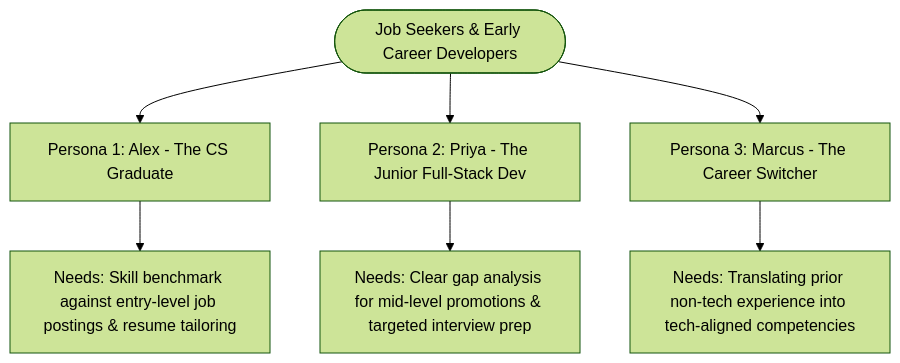
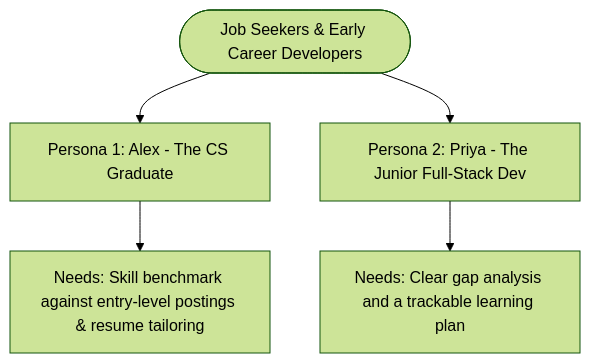
One commit to bashar35790/CareerPilot-AI changed the first of 3 diagrams in docs/PROJECT_PLAN.md. Above: the diagram before and after it, drawn with Mermaid (forest theme). The commit also changed other lines of this file and 11 other files, not shown here.

````diff
--- a/docs/PROJECT_PLAN.md
+++ b/docs/PROJECT_PLAN.md
@@ -32,11 +28,9 @@
 ```mermaid
 graph TD
     User([Job Seekers & Early Career Developers])
     User --> P1[Persona 1: Alex - The CS Graduate]
     User --> P2[Persona 2: Priya - The Junior Full-Stack Dev]
-    User --> P3[Persona 3: Marcus - The Career Switcher]
 
-    P1 --> Need1[Needs: Skill benchmark against entry-level job postings & resume tailoring]
-    P2 --> Need2[Needs: Clear gap analysis for mid-level promotions & targeted interview prep]
-    P3 --> Need3[Needs: Translating prior non-tech experience into tech-aligned competencies]
+    P1 --> Need1[Needs: Skill benchmark against entry-level postings & resume tailoring]
+    P2 --> Need2[Needs: Clear gap analysis and a trackable learning plan]
 ```
````
